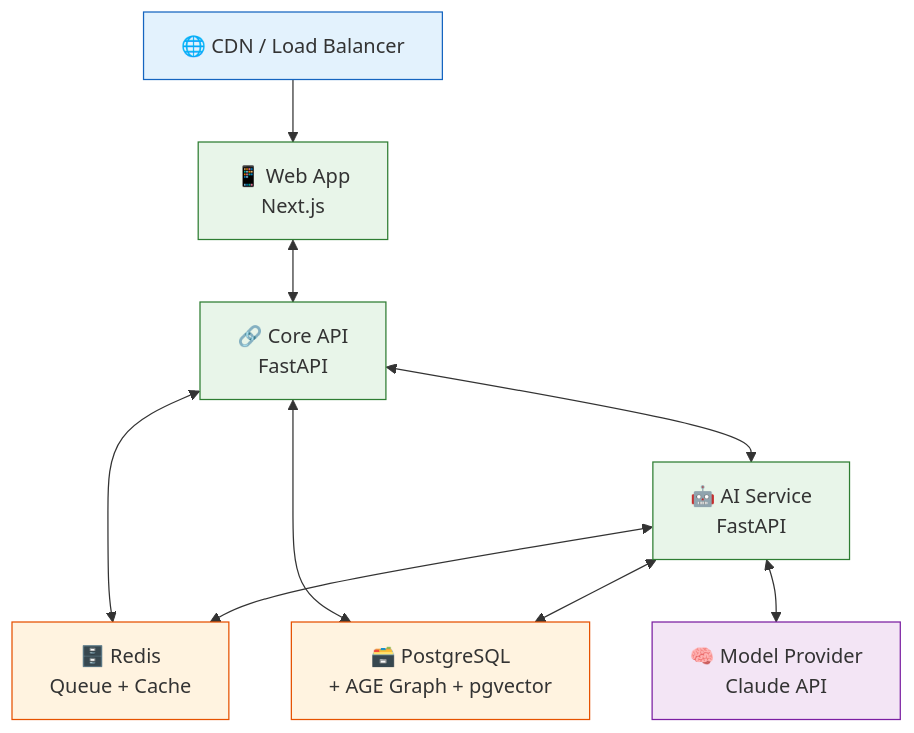
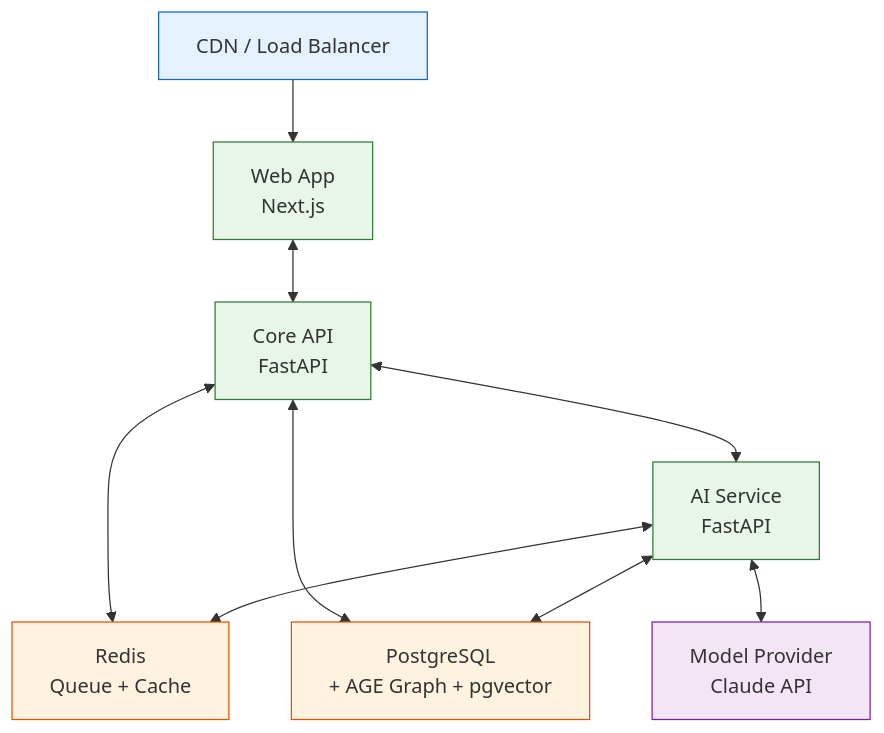
One commit to Driftloom/Vaeloom changed the diagram in docs/devops/README.md. Above: the diagram before and after it, drawn with Mermaid. The commit also changed other lines of this file and 694 other files, not shown here.

First line of the commit message:
docs: mermaid standardization — encoding/mermaid/duplicate cleanup

````diff
--- a/docs/devops/README.md
+++ b/docs/devops/README.md
@@ -31,29 +31,29 @@
 ```mermaid
 graph TD
-    CDN["🌐 CDN / Load Balancer"]
-    WEB["📱 Web App<br/>Next.js"]
-    API["🔗 Core API<br/>FastAPI"]
-    AI["🤖 AI Service<br/>FastAPI"]
-    REDIS["🗄️ Redis<br/>Queue + Cache"]
-    DB["🗃️ PostgreSQL<br/>+ AGE Graph + pgvector"]
-    MODEL["🧠 Model Provider<br/>Claude API"]
+ CDN["CDN / Load Balancer"]
+ WEB["Web App<br/>Next.js"]
+ API["Core API<br/>FastAPI"]
+ AI["AI Service<br/>FastAPI"]
+ REDIS["Redis<br/>Queue + Cache"]
+ DB["PostgreSQL<br/>+ AGE Graph + pgvector"]
+ MODEL["Model Provider<br/>Claude API"]
 
-    CDN --> WEB
-    WEB <--> API
-    API <--> AI
-    API <--> REDIS
-    API <--> DB
-    AI <--> REDIS
-    AI <--> DB
-    AI <--> MODEL
+ CDN--> WEB
+ WEB <--> API
+ API <--> AI
+ API <--> REDIS
+ API <--> DB
+ AI <--> REDIS
+ AI <--> DB
+ AI <--> MODEL
 
-    classDef infra fill:#e3f2fd,stroke:#1565c0
-    classDef app fill:#e8f5e9,stroke:#2e7d32
-    classDef data fill:#fff3e0,stroke:#e65100
-    classDef model fill:#f3e5f5,stroke:#7b1fa2
+ classDef infra fill:#e3f2fd,stroke:#1565c0
+ classDef app fill:#e8f5e9,stroke:#2e7d32
+ classDef data fill:#fff3e0,stroke:#e65100
+ classDef model fill:#f3e5f5,stroke:#7b1fa2
 
-    class CDN infra
-    class WEB,API,AI app
-    class REDIS,DB data
-    class MODEL model
+ class CDN infra
+ class WEB,API,AI app
+ class REDIS,DB data
+ class MODEL model
 ```
````
